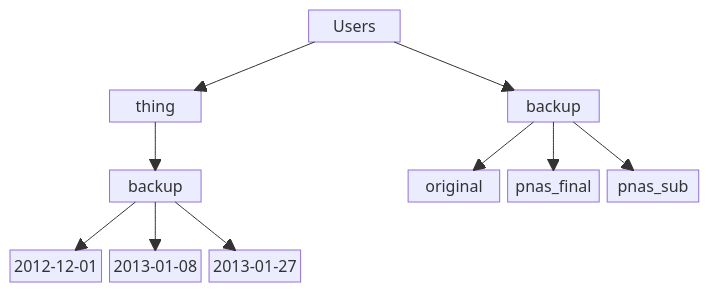
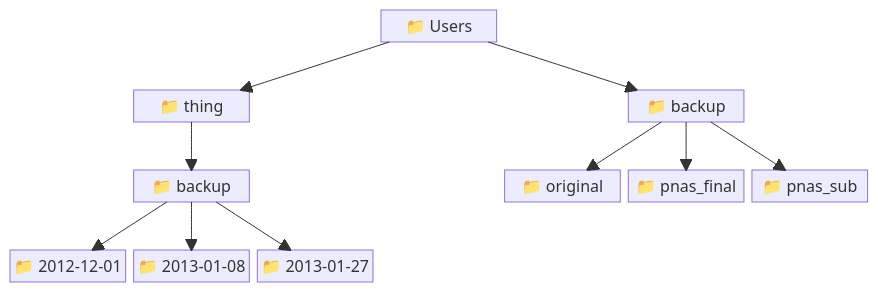
Before and after one commit to NYU-RTS/rts-docs-dev: the diagram in docs/hpc/13_tutorial_intro_shell_hpc/03_moving_looking.mdx, drawn with Mermaid.

Commit message:
added unicode icons

````diff
--- a/docs/hpc/13_tutorial_intro_shell_hpc/03_moving_looking.mdx
+++ b/docs/hpc/13_tutorial_intro_shell_hpc/03_moving_looking.mdx
@@ -288,21 +288,21 @@
 ```mermaid
 block-beta
     columns 7
-    space space space a["Users"] space space space
-    space space space space space space space 
-    space b["thing"] space space space c["backup"] space
-    space space space space space space space 
-    space d["backup"] space space e["original"] f["pnas_final"] g["pnas_sub"]
-    space space space space space space space 
-    h["2012-12-01"] i["2013-01-08"] j["2013-01-27"] space space space space
+    space:3 a["📁 Users"] space:3
+    space:7 
+    space b["📁 thing"] space:3 c["📁 backup"] space
+    space:7 
+    space d["📁 backup"] space:2 e["📁 original"] f["📁 pnas_final"] g["📁 pnas_sub"]
+    space:7
+    h["📁 2012-12-01"] i["📁 2013-01-08"] j["📁 2013-01-27"] space:4
 
     a --> b
     a --> c
     b --> d
     c --> e
     c --> f
     c --> g
     d --> h
     d --> i
     d --> j
 ```
````
